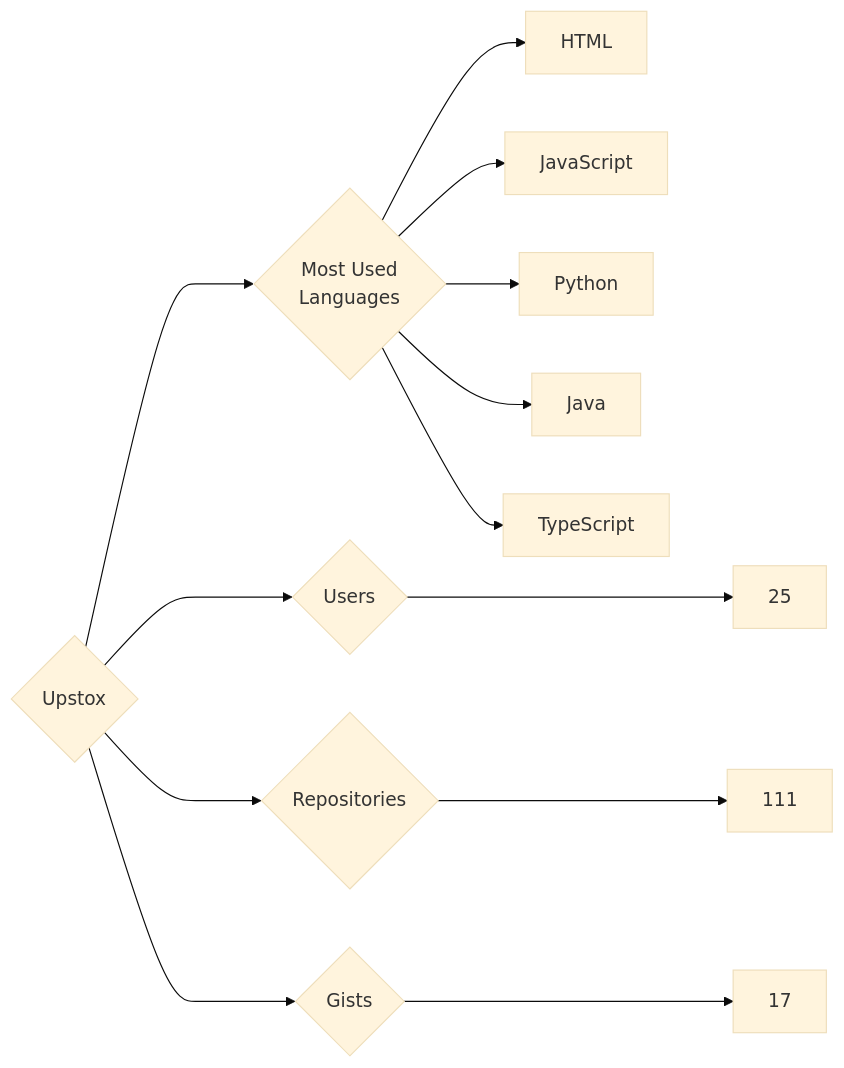
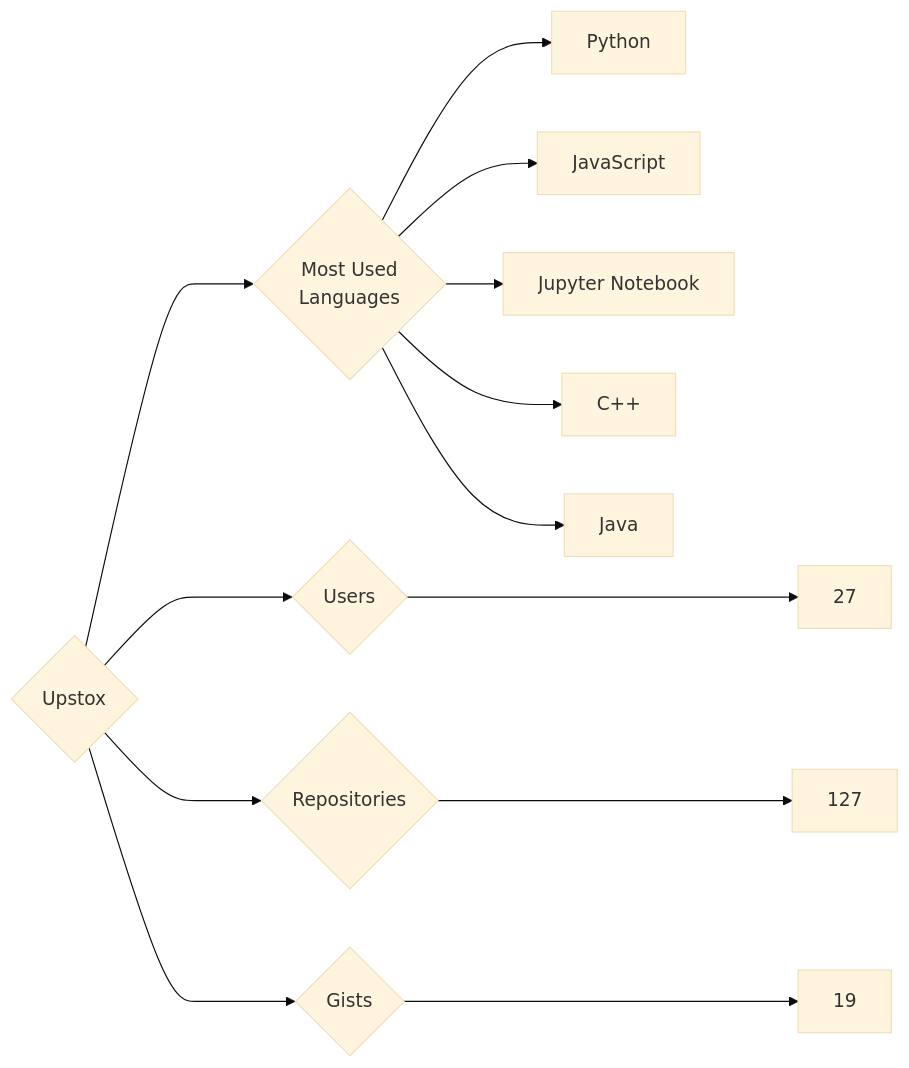
The diagram in targets/Upstox/README.md (trickest/insiders), drawn with Mermaid (base theme) before and after one commit. The commit also changed 969 other files, not shown here.

````diff
--- a/targets/Upstox/README.md
+++ b/targets/Upstox/README.md
@@ -3,13 +3,13 @@
 ```mermaid
 graph LR
 COMPANY_NAME{Upstox}
-COMPANY_NAME ---> U{Users} ---> UN[25]
-COMPANY_NAME ---> R{Repositories} ---> RN[111]
-COMPANY_NAME ---> G{Gists} ---> GN[17]
+COMPANY_NAME ---> U{Users} ---> UN[27]
+COMPANY_NAME ---> R{Repositories} ---> RN[127]
+COMPANY_NAME ---> G{Gists} ---> GN[19]
 COMPANY_NAME ---> ML{Most Used<br>Languages}
-ML --> HTML[HTML]
+ML --> Python[Python]
 ML --> JavaScript[JavaScript]
-ML --> Python[Python]
+ML --> Jupyter_Notebook[Jupyter Notebook]
+ML --> C++[C++]
 ML --> Java[Java]
-ML --> TypeScript[TypeScript]
 ```
````
